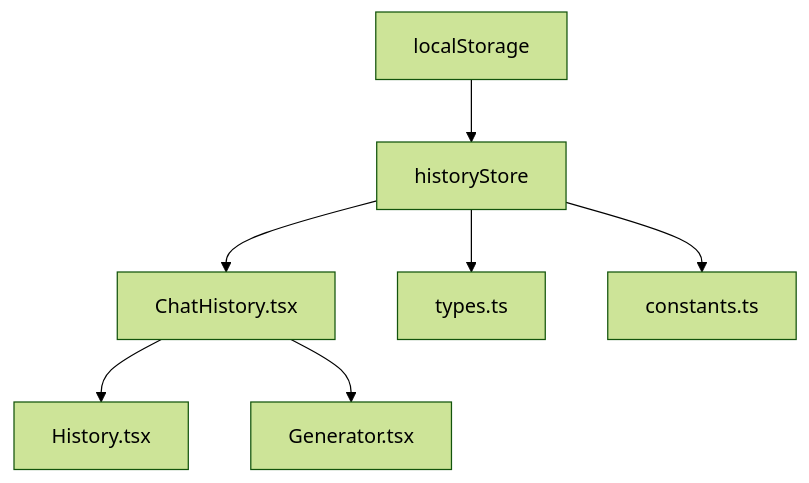
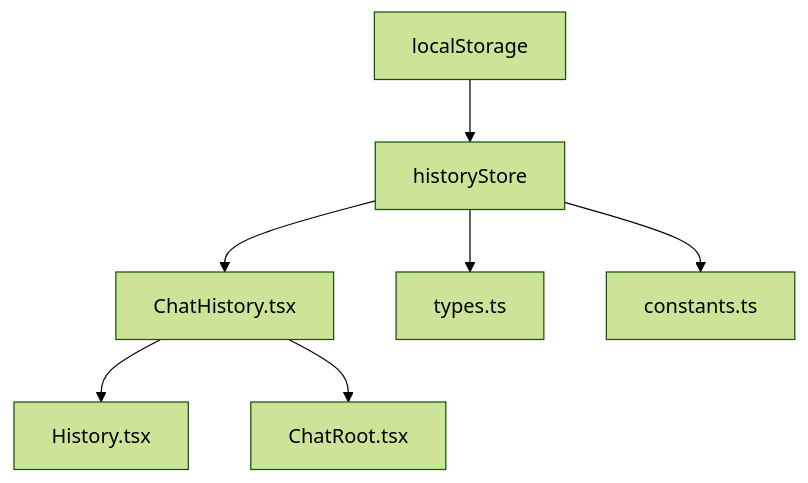
The second of 11 diagrams in .qoder/repowiki/zh/content/核心功能详解/对话历史管理.md (zfyime/chat-mini), drawn with Mermaid (forest theme) before and after one commit. The commit also changed other lines of this file and 52 other files, not shown here.

````diff
--- a/.qoder/repowiki/zh/content/核心功能详解/对话历史管理.md
+++ b/.qoder/repowiki/zh/content/核心功能详解/对话历史管理.md
@@ -68,9 +68,9 @@
 ```mermaid
 graph TD
 A[localStorage] --> B[historyStore]
 B --> C[ChatHistory.tsx]
 C --> D[History.tsx]
-C --> E[Generator.tsx]
+C --> E[ChatRoot.tsx]
 B --> F[types.ts]
 B --> G[constants.ts]
 ```
````
